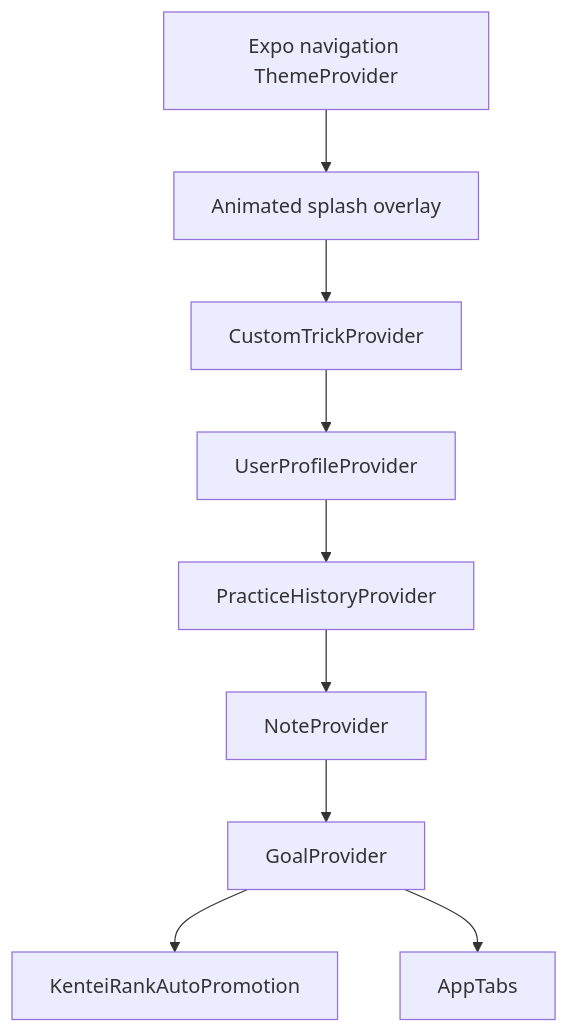
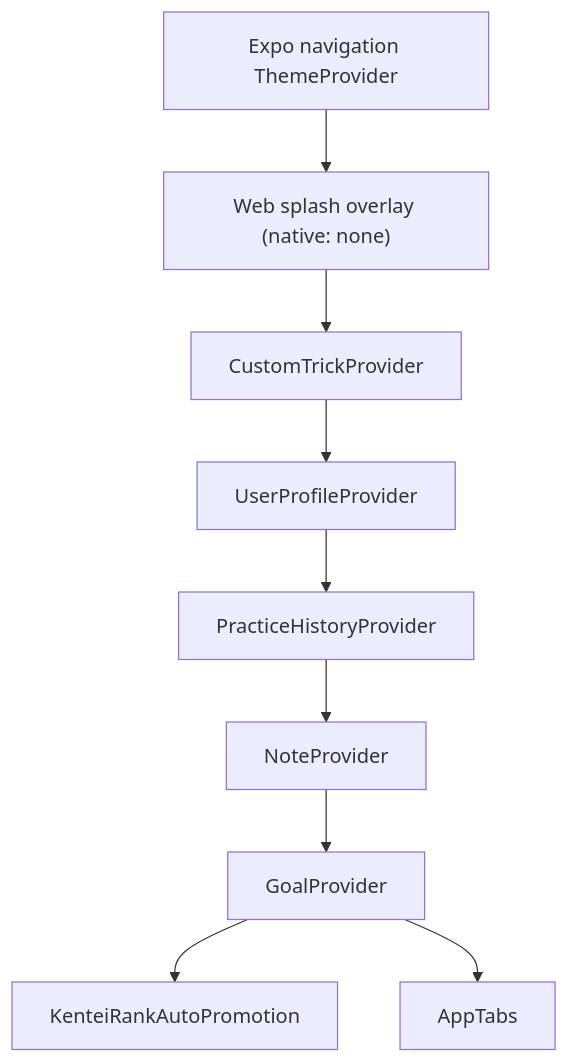
Before and after one commit to lukemillur/daily-dama: the second of 6 diagrams in ARCHITECTURE.md, drawn with Mermaid. The commit also changed other lines of this file and 23 other files, not shown here.

````diff
--- a/ARCHITECTURE.md
+++ b/ARCHITECTURE.md
@@ -156,11 +156,11 @@
 ```mermaid
 flowchart TD
-    Theme["Expo navigation ThemeProvider"] --> Splash["Animated splash overlay"]
+    Theme["Expo navigation ThemeProvider"] --> Splash["Web splash overlay (native: none)"]
     Splash --> Custom["CustomTrickProvider"]
     Custom --> Profile["UserProfileProvider"]
     Profile --> History["PracticeHistoryProvider"]
     History --> Notes["NoteProvider"]
     Notes --> Goals["GoalProvider"]
     Goals --> Promotion["KenteiRankAutoPromotion"]
     Goals --> Tabs["AppTabs"]
 ```
````
